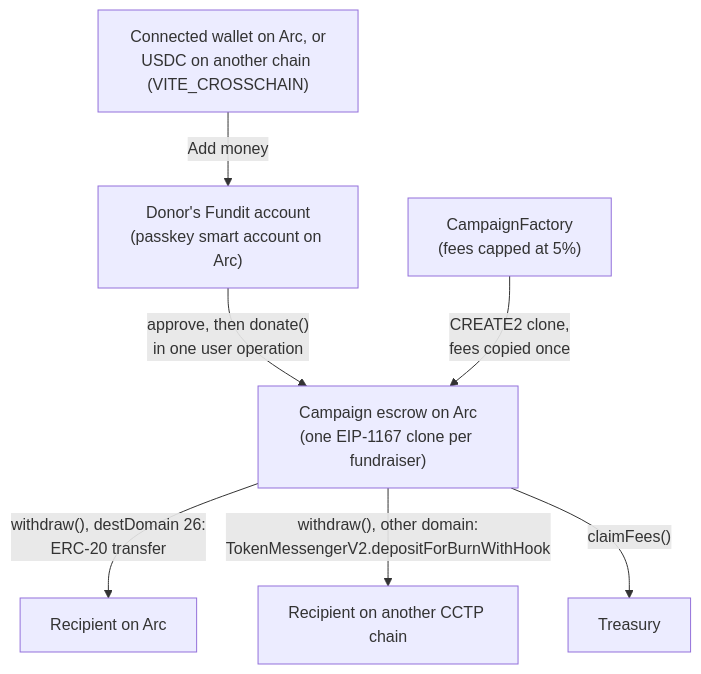
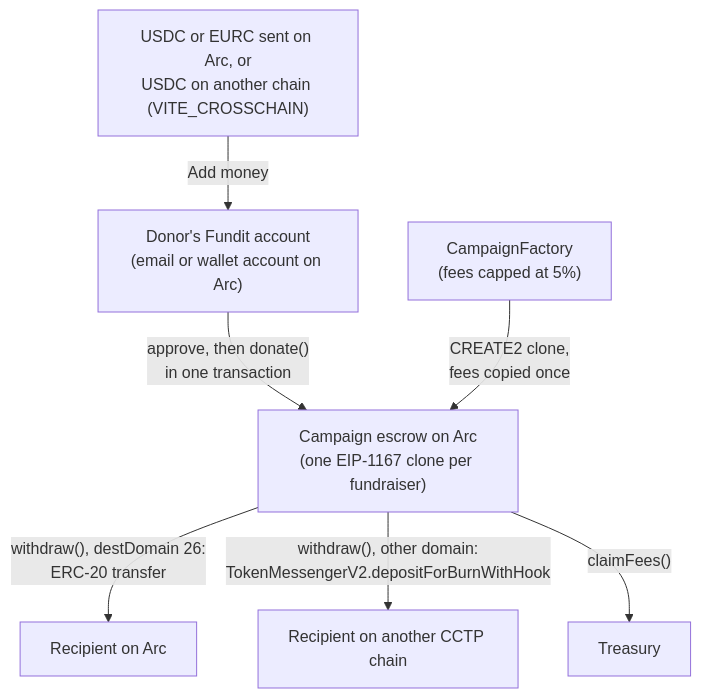
Before and after one commit to xanderslabs/Fundit: the diagram in README.md, drawn with Mermaid. The commit also changed other lines of this file and 4 other files, not shown here.

First line of the commit message:
docs(app): README and docs for email and wallet sign-in

````diff
--- a/README.md
+++ b/README.md
@@ -82,10 +81,10 @@
 ```mermaid
 flowchart TD
-    W["Connected wallet on Arc, or<br/>USDC on another chain (VITE_CROSSCHAIN)"] -- "Add money" --> A
-    A["Donor's Fundit account<br/>(passkey smart account on Arc)"] -- "approve, then donate()<br/>in one user operation" --> C
+    W["USDC or EURC sent on Arc, or<br/>USDC on another chain (VITE_CROSSCHAIN)"] -- "Add money" --> A
+    A["Donor's Fundit account<br/>(email or wallet account on Arc)"] -- "approve, then donate()<br/>in one transaction" --> C
     F["CampaignFactory<br/>(fees capped at 5%)"] -- "CREATE2 clone,<br/>fees copied once" --> C
     C["Campaign escrow on Arc<br/>(one EIP-1167 clone per fundraiser)"]
     C -- "withdraw(), destDomain 26:<br/>ERC-20 transfer" --> R1["Recipient on Arc"]
     C -- "withdraw(), other domain:<br/>TokenMessengerV2.depositForBurnWithHook" --> R2["Recipient on another CCTP chain"]
     C -- "claimFees()" --> T["Treasury"]
 ```
````
